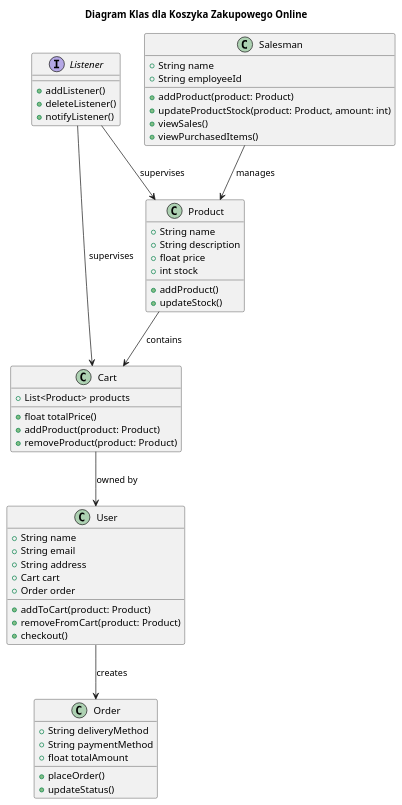
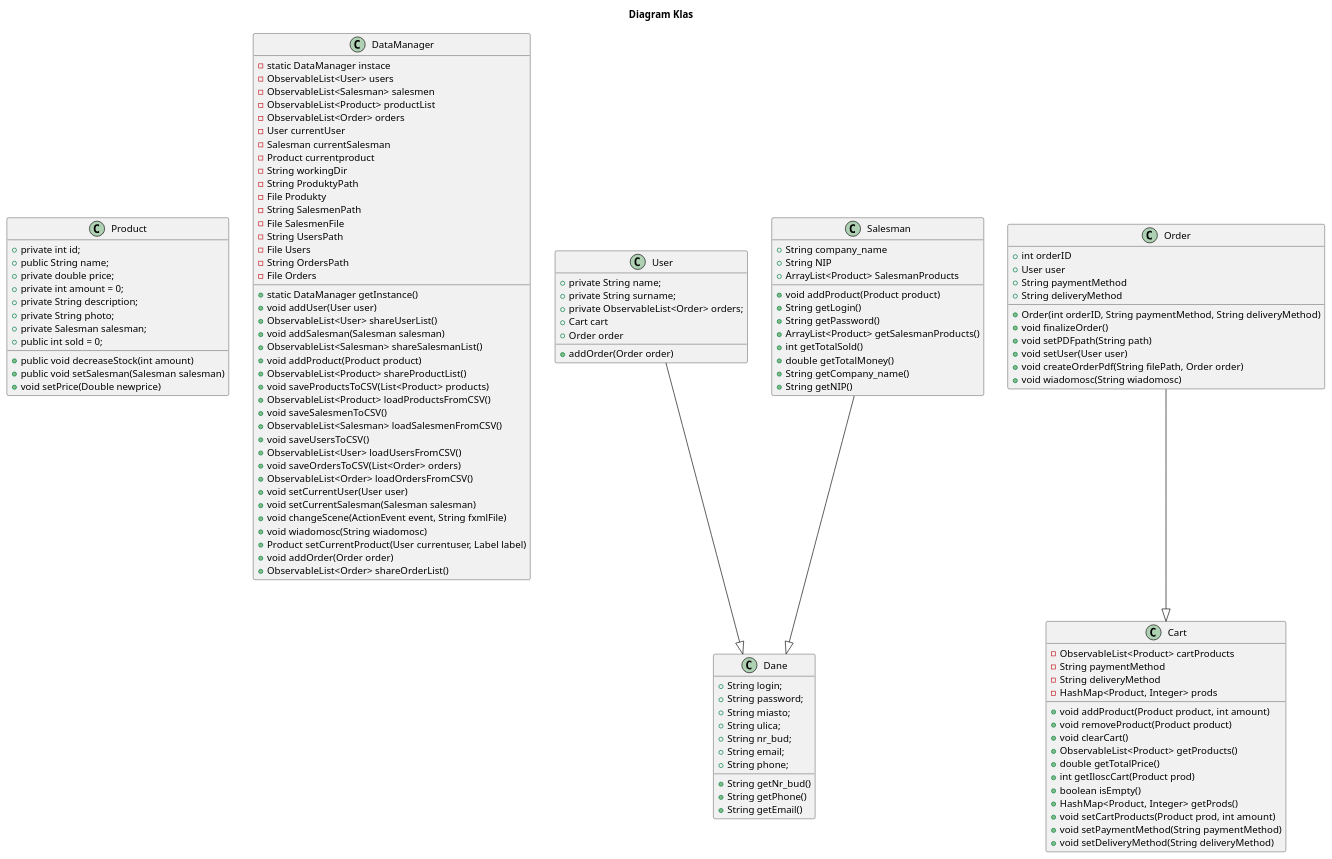
Before and after one commit to Szlesniak/ShoppingCart: the diagram in PlantUML/Klasy.puml, drawn with PlantUML. The commit also changed 1 other file, not shown here.

Commit message:
klasy i salesman

```diff
--- a/PlantUML/Klasy.puml
+++ b/PlantUML/Klasy.puml
@@ -1,61 +1,135 @@
 @startuml
-title Diagram Klas dla Koszyka Zakupowego Online
+title Diagram Klas
 
 class Product {
-  +String name
-  +String description
-  +float price
-  +int stock
-  +addProduct()
-  +updateStock()
+     +private int id;
+     +public String name;
+     +private double price;
+     +private int amount = 0;
+     +private String description;
+     +private String photo;
+     +private Salesman salesman;
+     +public int sold = 0;
+     +public void decreaseStock(int amount)
+     +public void setSalesman(Salesman salesman)
+     +void setPrice(Double newprice)
 }
+    class DataManager {
+      -static DataManager instace
+      -ObservableList<User> users
+      -ObservableList<Salesman> salesmen
+      -ObservableList<Product> productList
+      -ObservableList<Order> orders
+      -User currentUser
+      -Salesman currentSalesman
+      -Product currentproduct
+      -String workingDir
+      -String ProduktyPath
+      -File Produkty
+      -String SalesmenPath
+      -File SalesmenFile
+      -String UsersPath
+      -File Users
+      -String OrdersPath
+      -File Orders
+      +static DataManager getInstance()
+      +void addUser(User user)
+      +ObservableList<User> shareUserList()
+      +void addSalesman(Salesman salesman)
+      +ObservableList<Salesman> shareSalesmanList()
+      +void addProduct(Product product)
+      +ObservableList<Product> shareProductList()
+      +void saveProductsToCSV(List<Product> products)
+      +ObservableList<Product> loadProductsFromCSV()
+      +void saveSalesmenToCSV()
+      +ObservableList<Salesman> loadSalesmenFromCSV()
+      +void saveUsersToCSV()
+      +ObservableList<User> loadUsersFromCSV()
+      +void saveOrdersToCSV(List<Order> orders)
+      +ObservableList<Order> loadOrdersFromCSV()
+      +void setCurrentUser(User user)
+      +void setCurrentSalesman(Salesman salesman)
+      +void changeScene(ActionEvent event, String fxmlFile)
+      +void wiadomosc(String wiadomosc)
+      +Product setCurrentProduct(User currentuser, Label label)
+      +void addOrder(Order order)
+      +ObservableList<Order> shareOrderList()
+    }
 
 class User {
-  +String name
-  +String email
-  +String address
+  +private String name;
+  +private String surname;
+  +private ObservableList<Order> orders;
   +Cart cart
   +Order order
-  +addToCart(product: Product)
-  +removeFromCart(product: Product)
-  +checkout()
+  +addOrder(Order order)
 }
 
 class Cart {
-  +List<Product> products
-  +float totalPrice()
-  +addProduct(product: Product)
-  +removeProduct(product: Product)
+  -ObservableList<Product> cartProducts
+  -String paymentMethod
+  -String deliveryMethod
+  -HashMap<Product, Integer> prods
+  +void addProduct(Product product, int amount)
+  +void removeProduct(Product product)
+  +void clearCart()
+  +ObservableList<Product> getProducts()
+  +double getTotalPrice()
+  +int getIloscCart(Product prod)
+  +boolean isEmpty()
+  +HashMap<Product, Integer> getProds()
+  +void setCartProducts(Product prod, int amount)
+  +void setPaymentMethod(String paymentMethod)
+  +void setDeliveryMethod(String deliveryMethod)
 }
 
 class Order {
+  +int orderID
+  +User user
+  +String paymentMethod
   +String deliveryMethod
-  +String paymentMethod
-  +float totalAmount
-  +placeOrder()
-  +updateStatus()
+  +Order(int orderID, String paymentMethod, String deliveryMethod)
+  +void finalizeOrder()
+  +void setPDFpath(String path)
+  +void setUser(User user)
+  +void createOrderPdf(String filePath, Order order)
+  +void wiadomosc(String wiadomosc)
 }
 
 class Salesman {
-  +String name
-  +String employeeId
-  +addProduct(product: Product)
-  +updateProductStock(product: Product, amount: int)
-  +viewSales()
-  +viewPurchasedItems()
+  +String company_name
+  +String NIP
+  +ArrayList<Product> SalesmanProducts
+  +void addProduct(Product product)
+  +String getLogin()
+  +String getPassword()
+  +ArrayList<Product> getSalesmanProducts()
+  +int getTotalSold()
+  +double getTotalMoney()
+  +String getCompany_name()
+  +String getNIP()
+}
+class Dane {
+    +String login;
+    +String password;
+    +String miasto;
+    +String ulica;
+    +String nr_bud;
+    +String email;
+    +String phone;
+    +String getNr_bud()
+    +String getPhone()
+    +String getEmail()
 }
 
-Interface Listener {
-    +addListener()
-    +deleteListener()
-    +notifyListener()
-}
 
-Product --> Cart : contains
-Cart --> User : owned by
-User --> Order : creates
-Salesman --> Product : manages
-Listener --> Cart : supervises
-Listener --> Product : supervises
+Order --|> Cart
+Salesman --|> Dane
+User --|> Dane
+
+
+
+
+
 
 @enduml
```
